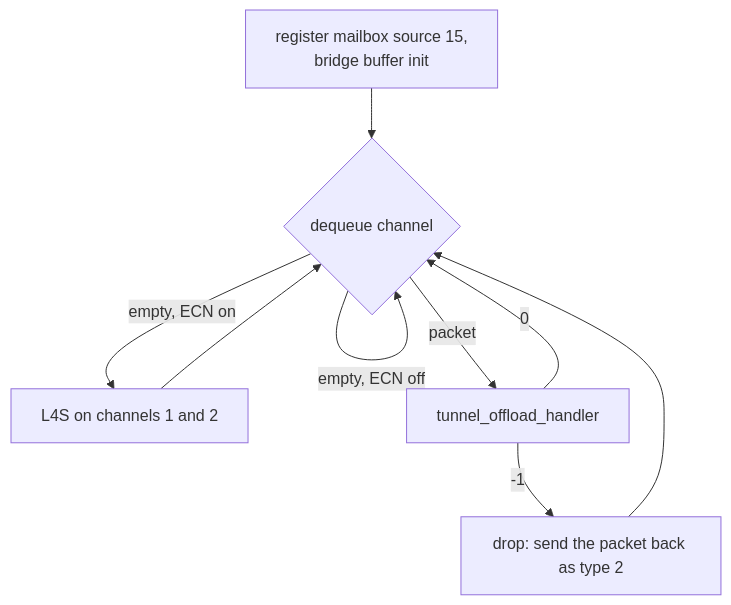
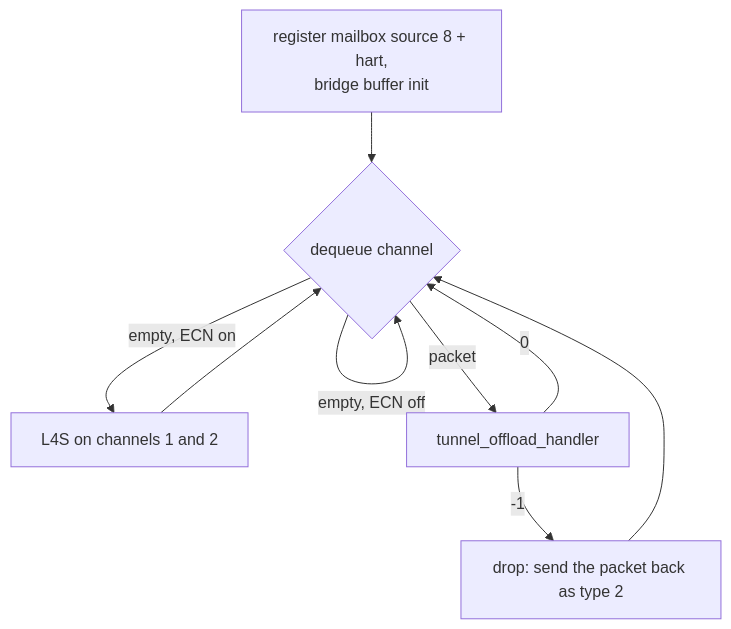
The second of 2 diagrams in docs/tunnel.md (ClankerConstruction/ClankerNPU), drawn with Mermaid before and after one commit. The commit also changed 1 other file, not shown here.

Commit message:
main: tunnel: register the tunnel hart's own mailbox source
Fix: the tunnel loop enabled mailbox source 15 on every part. On
AN7583 the loop runs on hart 0, whose mailbox is source 8; source 15
belongs to a hart that does not exist there. Use 8 + hart.

````diff
--- a/docs/tunnel.md
+++ b/docs/tunnel.md
@@ -62,11 +62,11 @@
 ```mermaid
 flowchart TD
-  A["register mailbox source 15,<br/>bridge buffer init"] --> B{"dequeue channel"}
+  A["register mailbox source 8 + hart,<br/>bridge buffer init"] --> B{"dequeue channel"}
   B -->|empty, ECN off| B
   B -->|empty, ECN on| C["L4S on channels 1 and 2"]
   C --> B
   B -->|packet| D["tunnel_offload_handler"]
   D -->|0| B
   D -->|-1| E["drop: send the packet back as type 2"]
   E --> B
 ```
````
